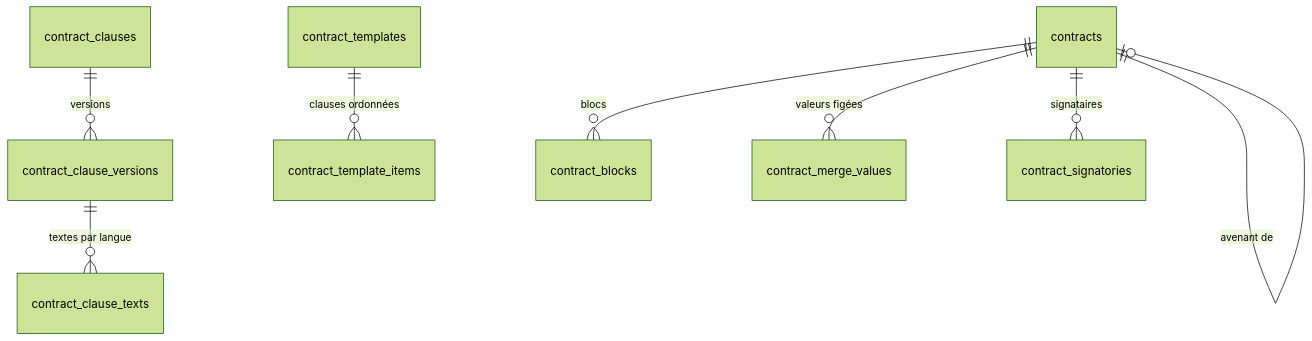
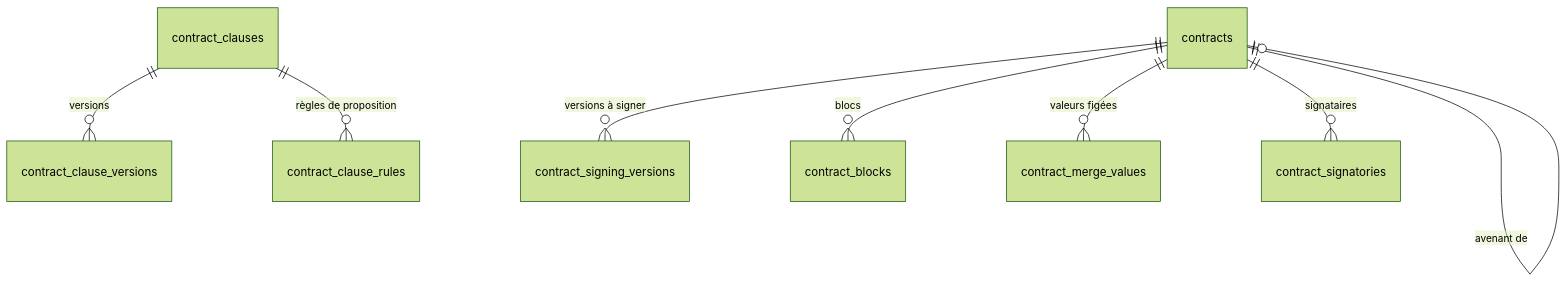
One commit to riyadaOne/fluxyrh-docs changed the fifth of 6 diagrams in 01-specifications/BACKEND-SCHEMA.md. Above: the diagram before and after it, drawn with Mermaid (forest theme). The commit also changed other lines of this file and 21 other files, not shown here.

````diff
--- a/01-specifications/BACKEND-SCHEMA.md
+++ b/01-specifications/BACKEND-SCHEMA.md
@@ -298,10 +308,10 @@
 ```mermaid
 erDiagram
     contract_clauses ||--o{ contract_clause_versions : "versions"
-    contract_clause_versions ||--o{ contract_clause_texts : "textes par langue"
-    contract_templates ||--o{ contract_template_items : "clauses ordonnées"
+    contract_clauses ||--o{ contract_clause_rules : "règles de proposition"
+    contracts ||--o{ contract_signing_versions : "versions à signer"
     contracts ||--o{ contract_blocks : "blocs"
     contracts ||--o{ contract_merge_values : "valeurs figées"
     contracts ||--o{ contract_signatories : "signataires"
     contracts ||--o| contracts : "avenant de"
 ```
````
